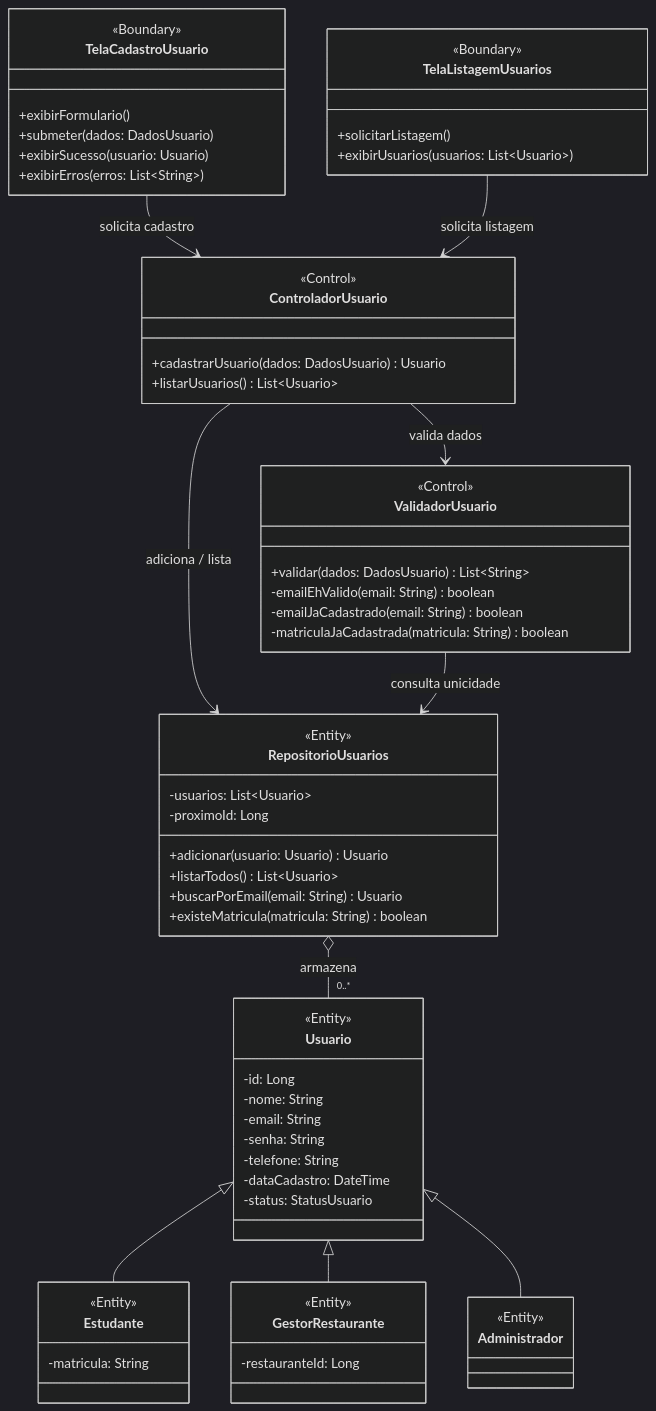
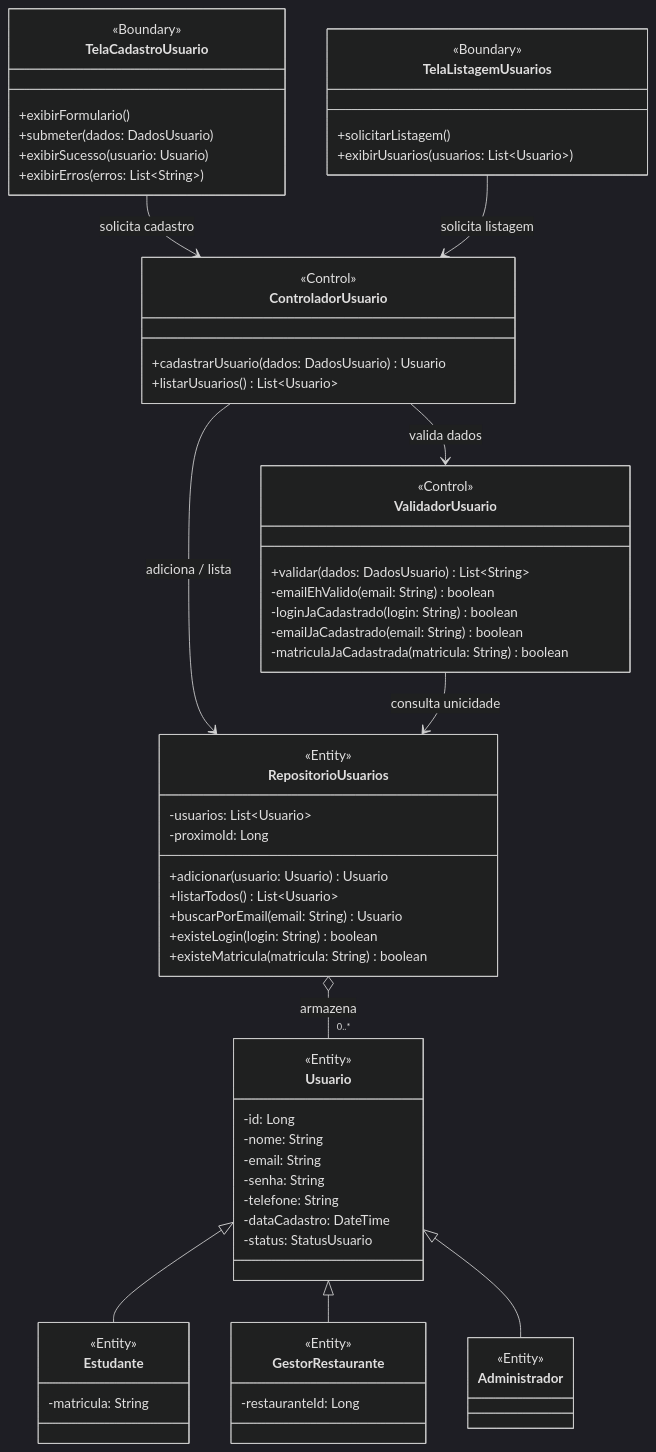
One commit to henriquesantos007/Sistema-de-Agendamento-de-Almoco changed the first of 5 diagrams in docs/05-analise.md. Above: the diagram before and after it, drawn with Mermaid (dark theme). The commit also changed other lines of this file and 1 other file, not shown here.

Commit message:
docs(diagramas): incluir verificação de login nos diagramas

````diff
--- a/docs/05-analise.md
+++ b/docs/05-analise.md
@@ -19,78 +19,80 @@
 ```mermaid
 %%{init: {"flowchart": {"useMaxWidth": false}, "class": {"useMaxWidth": false}, "sequence": {"useMaxWidth": false}, "state": {"useMaxWidth": false}}}%%
 classDiagram
     direction TB
 
     class TelaCadastroUsuario {
         <<Boundary>>
         +exibirFormulario()
         +submeter(dados: DadosUsuario)
         +exibirSucesso(usuario: Usuario)
         +exibirErros(erros: List~String~)
     }
 
     class TelaListagemUsuarios {
         <<Boundary>>
         +solicitarListagem()
         +exibirUsuarios(usuarios: List~Usuario~)
     }
 
     class ControladorUsuario {
         <<Control>>
         +cadastrarUsuario(dados: DadosUsuario) Usuario
         +listarUsuarios() List~Usuario~
     }
 
     class ValidadorUsuario {
         <<Control>>
         +validar(dados: DadosUsuario) List~String~
         -emailEhValido(email: String) boolean
+        -loginJaCadastrado(login: String) boolean
         -emailJaCadastrado(email: String) boolean
         -matriculaJaCadastrada(matricula: String) boolean
     }
 
     class RepositorioUsuarios {
         <<Entity>>
         -usuarios: List~Usuario~
         -proximoId: Long
         +adicionar(usuario: Usuario) Usuario
         +listarTodos() List~Usuario~
         +buscarPorEmail(email: String) Usuario
+        +existeLogin(login: String) boolean
         +existeMatricula(matricula: String) boolean
     }
 
     class Usuario {
         <<Entity>>
         -id: Long
         -nome: String
         -email: String
         -senha: String
         -telefone: String
         -dataCadastro: DateTime
         -status: StatusUsuario
     }
 
     class Estudante {
         <<Entity>>
         -matricula: String
     }
 
     class GestorRestaurante {
         <<Entity>>
         -restauranteId: Long
     }
 
     class Administrador {
         <<Entity>>
     }
 
     TelaCadastroUsuario --> ControladorUsuario : solicita cadastro
     TelaListagemUsuarios --> ControladorUsuario : solicita listagem
     ControladorUsuario --> ValidadorUsuario : valida dados
     ControladorUsuario --> RepositorioUsuarios : adiciona / lista
     ValidadorUsuario --> RepositorioUsuarios : consulta unicidade
     RepositorioUsuarios o-- "0..*" Usuario : armazena
     Usuario <|-- Estudante
     Usuario <|-- GestorRestaurante
     Usuario <|-- Administrador
 ```
````
